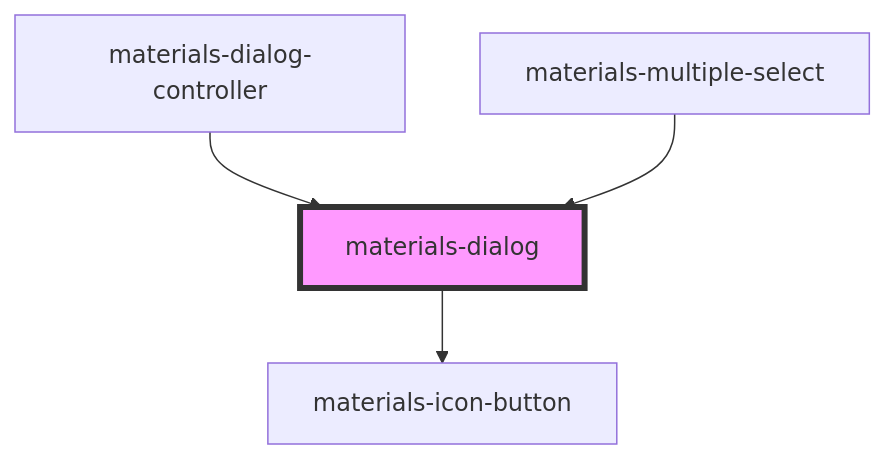
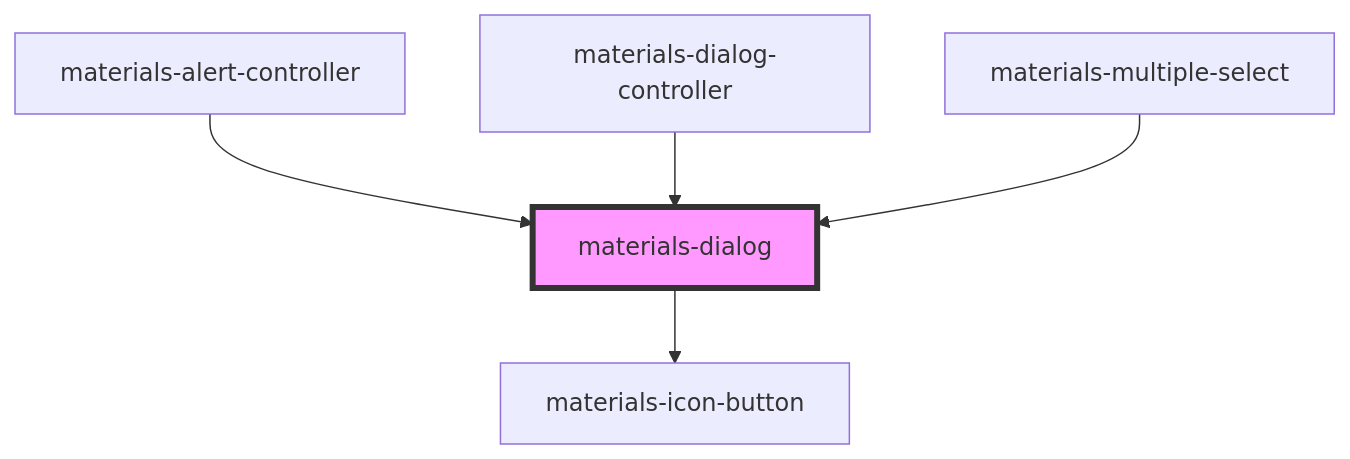
The diagram in packages/materials/src/components/dialog/readme.md (GMV-centravet/materials-elements), drawn with Mermaid before and after one commit. The commit also changed other lines of this file and 16 other files, not shown here.

````diff
--- a/packages/materials/src/components/dialog/readme.md
+++ b/packages/materials/src/components/dialog/readme.md
@@ -99,7 +99,8 @@
 ```mermaid
 graph TD;
   materials-dialog --> materials-icon-button
+  materials-alert-controller --> materials-dialog
   materials-dialog-controller --> materials-dialog
   materials-multiple-select --> materials-dialog
   style materials-dialog fill:#f9f,stroke:#333,stroke-width:4px
 ```
````
